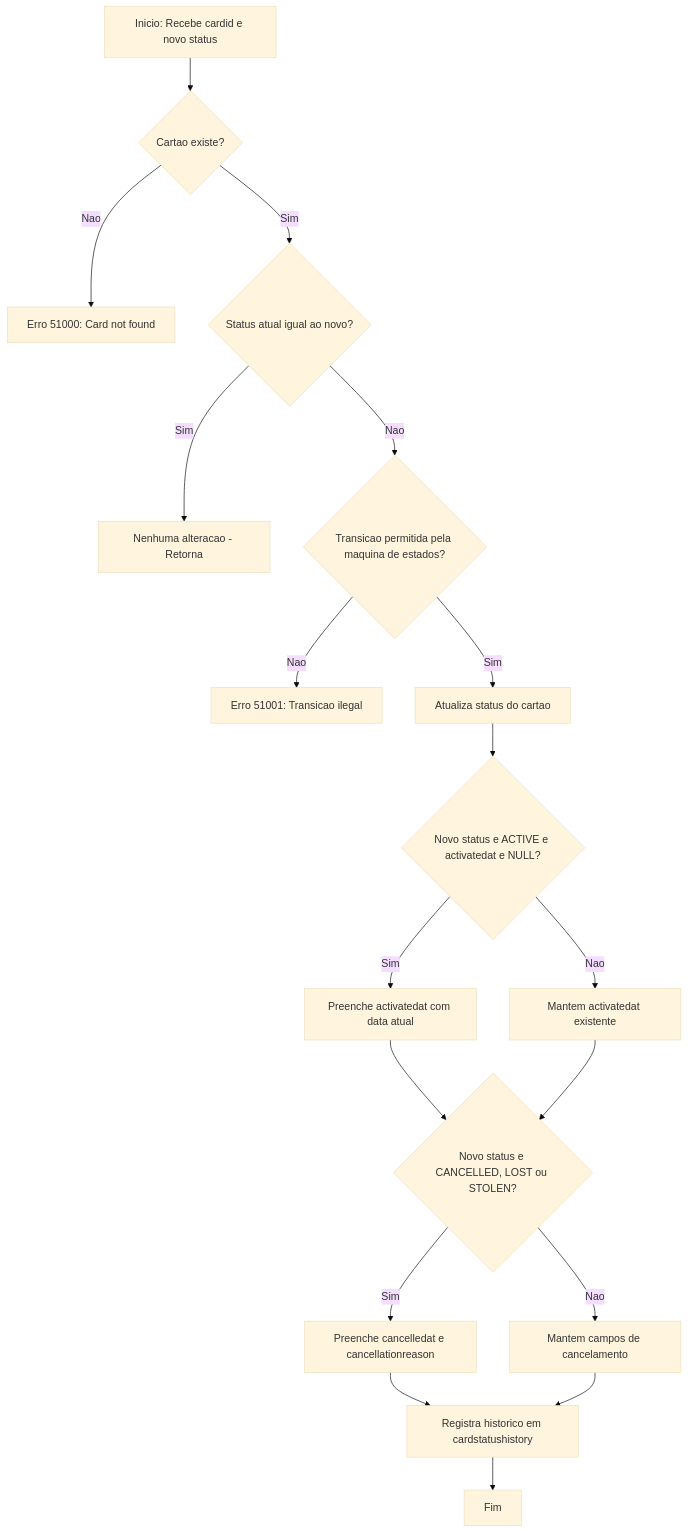
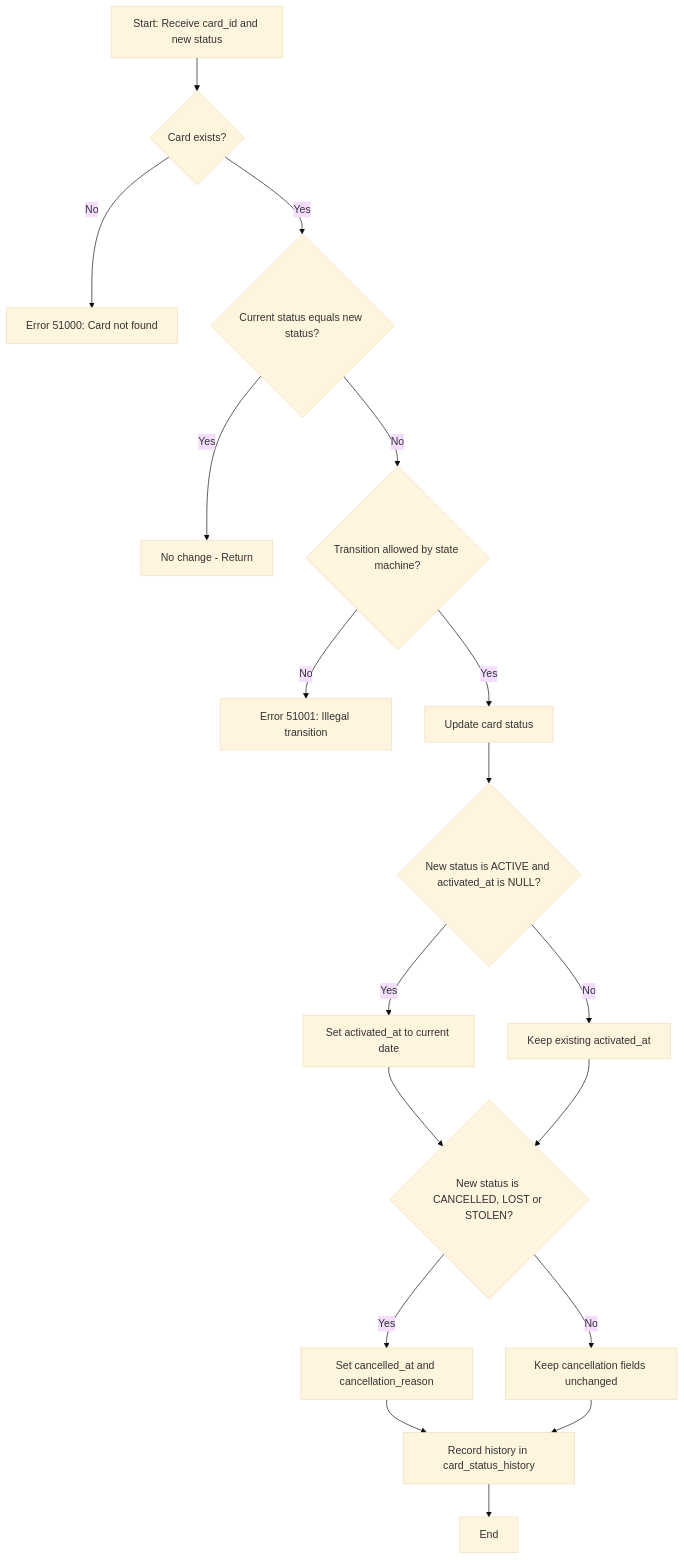
The diagram in doc/database/procedures/sp_update_card_status.md (gft-us-wynxx/GftUs.Samples.NovoCard.SQL), drawn with Mermaid (base theme) before and after one commit. The commit also changed other lines of this file and 35 other files, not shown here.

````diff
--- a/doc/database/procedures/sp_update_card_status.md
+++ b/doc/database/procedures/sp_update_card_status.md
@@ -88,20 +86,20 @@
 ```mermaid
 graph TD
-    A[Inicio: Recebe cardid e novo status] --> B{Cartao existe?}
-    B -- Nao --> C[Erro 51000: Card not found]
-    B -- Sim --> D{Status atual igual ao novo?}
-    D -- Sim --> E[Nenhuma alteracao - Retorna]
-    D -- Nao --> F{Transicao permitida pela maquina de estados?}
-    F -- Nao --> G[Erro 51001: Transicao ilegal]
-    F -- Sim --> H[Atualiza status do cartao]
-    H --> I{Novo status e ACTIVE e activatedat e NULL?}
-    I -- Sim --> J[Preenche activatedat com data atual]
-    I -- Nao --> K[Mantem activatedat existente]
-    J --> L{Novo status e CANCELLED, LOST ou STOLEN?}
+    A[Start: Receive card_id and new status] --> B{Card exists?}
+    B -- No --> C[Error 51000: Card not found]
+    B -- Yes --> D{Current status equals new status?}
+    D -- Yes --> E[No change - Return]
+    D -- No --> F{Transition allowed by state machine?}
+    F -- No --> G[Error 51001: Illegal transition]
+    F -- Yes --> H[Update card status]
+    H --> I{New status is ACTIVE and activated_at is NULL?}
+    I -- Yes --> J[Set activated_at to current date]
+    I -- No --> K[Keep existing activated_at]
+    J --> L{New status is CANCELLED, LOST or STOLEN?}
     K --> L
-    L -- Sim --> M[Preenche cancelledat e cancellationreason]
-    L -- Nao --> N[Mantem campos de cancelamento]
-    M --> O[Registra historico em cardstatushistory]
+    L -- Yes --> M[Set cancelled_at and cancellation_reason]
+    L -- No --> N[Keep cancellation fields unchanged]
+    M --> O[Record history in card_status_history]
     N --> O
-    O --> P[Fim]
+    O --> P[End]
 ```
````
